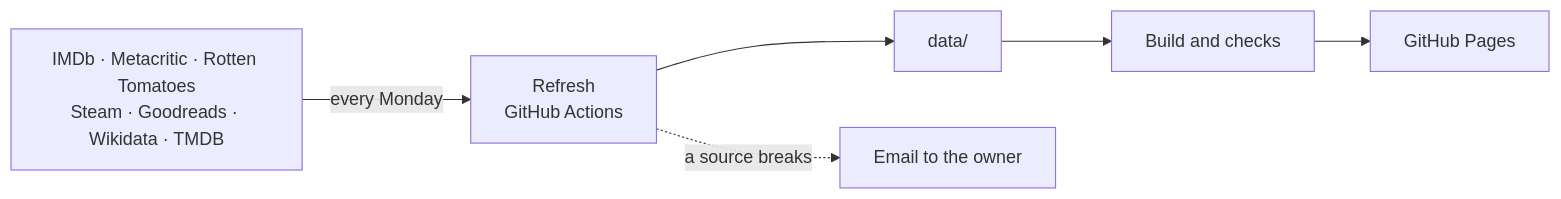
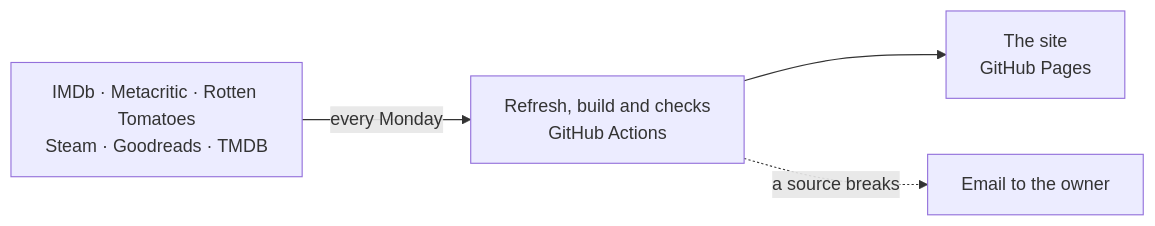
One commit to Goodly58/media-shelf changed the diagram in README.md. Above: the diagram before and after it, drawn with Mermaid.

Commit message:
Simplify the README's refresh diagram

````diff
--- a/README.md
+++ b/README.md
@@ -86,8 +86,6 @@
 ```mermaid
 flowchart LR
-  S["IMDb · Metacritic · Rotten Tomatoes<br>Steam · Goodreads · Wikidata · TMDB"] -->|every Monday| R["Refresh<br>GitHub Actions"]
-  R --> D["data/"]
-  D --> B["Build and checks"]
-  B --> P["GitHub Pages"]
+  S["IMDb · Metacritic · Rotten Tomatoes<br>Steam · Goodreads · TMDB"] -->|every Monday| R["Refresh, build and checks<br>GitHub Actions"]
+  R --> P["The site<br>GitHub Pages"]
   R -. a source breaks .-> E["Email to the owner"]
 ```
````
